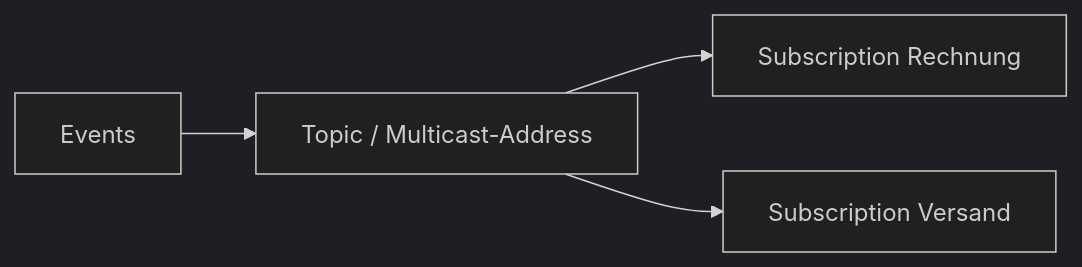
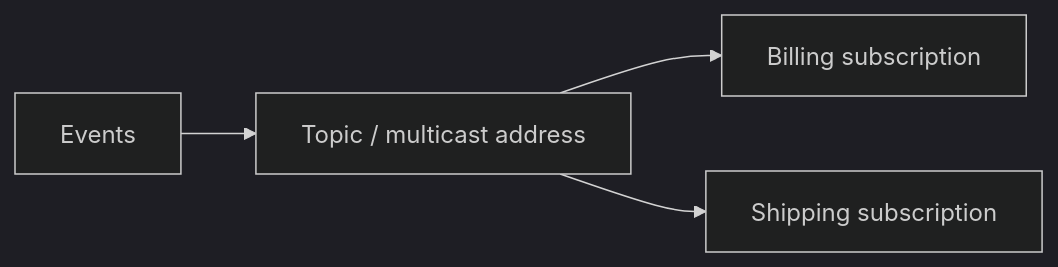
The second of 2 diagrams in docs/concepts.md (grobmeier/artemis-java-jumpstart), drawn with Mermaid (dark theme) before and after one commit. The commit also changed other lines of this file and 16 other files, not shown here.

````diff
--- a/docs/concepts.md
+++ b/docs/concepts.md
@@ -24,6 +24,6 @@
 ```mermaid
 flowchart LR
- P[Events] --> T[Topic / Multicast-Address]
- T --> R[Subscription Rechnung]
- T --> V[Subscription Versand]
+ P[Events] --> T[Topic / multicast address]
+ T --> B[Billing subscription]
+ T --> S[Shipping subscription]
 ```
````
